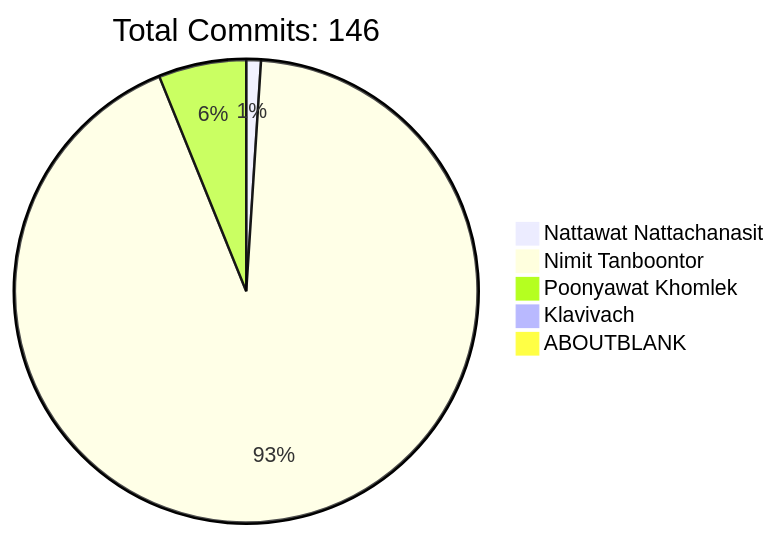
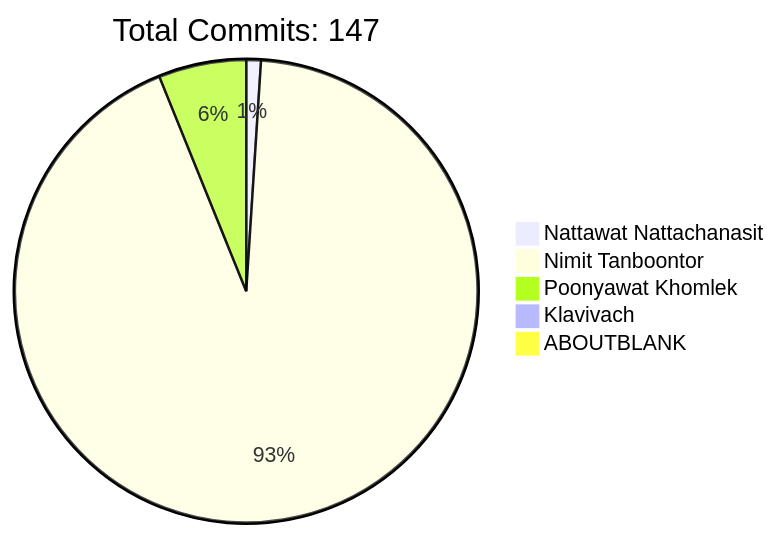
The diagram in README.md (HLLC-MFU/HLLC-2025), drawn with Mermaid before and after one commit. The commit also changed other lines of this file, not shown here.

````diff
--- a/README.md
+++ b/README.md
@@ -170,9 +170,9 @@
 ```mermaid
 pie
-    title Total Commits: 146
+    title Total Commits: 147
     "Nattawat Nattachanasit" : 1
     "Nimit Tanboontor" : 91
     "Poonyawat Khomlek" : 6
     "Klavivach" : 0
     "ABOUTBLANK" : 0
 ```
````
